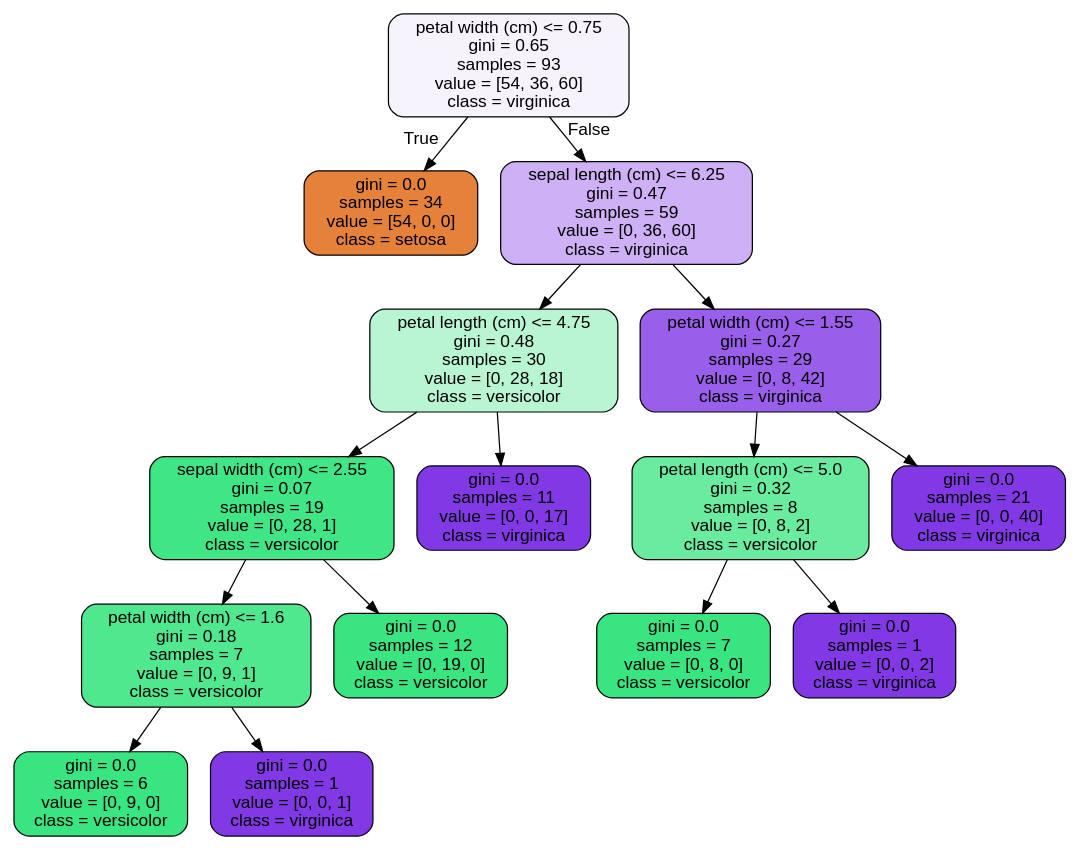
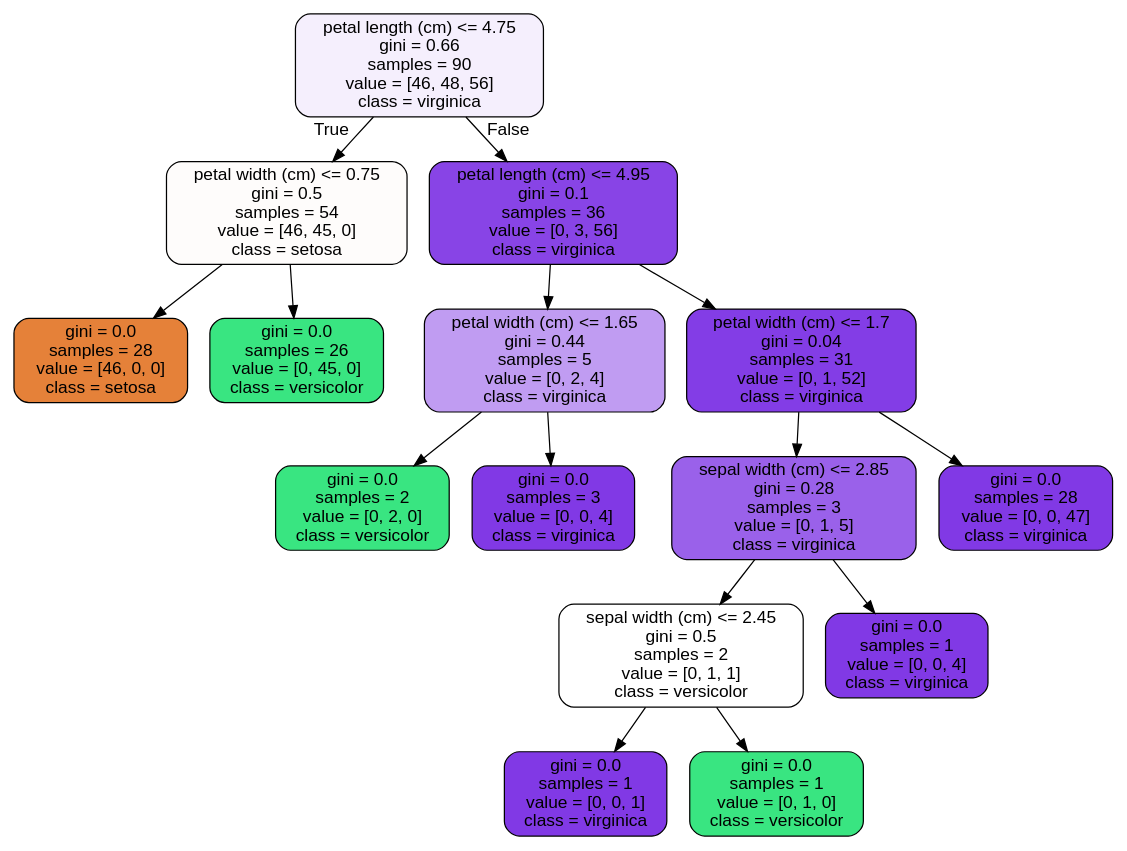
Before and after one commit to vanslykeaudio/SpringBoardDataScience: the diagram in RandomForest Covid Case Study/tree.dot, drawn with Graphviz. The commit also changed 3 other files, not shown here.

```diff
--- a/RandomForest Covid Case Study/tree.dot
+++ b/RandomForest Covid Case Study/tree.dot
@@ -1,33 +1,33 @@
 digraph Tree {
 node [shape=box, style="filled, rounded", color="black", fontname="helvetica"] ;
 edge [fontname="helvetica"] ;
-0 [label="petal width (cm) <= 0.75\ngini = 0.65\nsamples = 93\nvalue = [54, 36, 60]\nclass = virginica", fillcolor="#f7f3fd"] ;
-1 [label="gini = 0.0\nsamples = 34\nvalue = [54, 0, 0]\nclass = setosa", fillcolor="#e58139"] ;
+0 [label="petal length (cm) <= 4.75\ngini = 0.66\nsamples = 90\nvalue = [46, 48, 56]\nclass = virginica", fillcolor="#f5effd"] ;
+1 [label="petal width (cm) <= 0.75\ngini = 0.5\nsamples = 54\nvalue = [46, 45, 0]\nclass = setosa", fillcolor="#fefcfb"] ;
 0 -> 1 [labeldistance=2.5, labelangle=45, headlabel="True"] ;
-2 [label="sepal length (cm) <= 6.25\ngini = 0.47\nsamples = 59\nvalue = [0, 36, 60]\nclass = virginica", fillcolor="#cdb0f5"] ;
-0 -> 2 [labeldistance=2.5, labelangle=-45, headlabel="False"] ;
-3 [label="petal length (cm) <= 4.75\ngini = 0.48\nsamples = 30\nvalue = [0, 28, 18]\nclass = versicolor", fillcolor="#b8f6d2"] ;
-2 -> 3 ;
-4 [label="sepal width (cm) <= 2.55\ngini = 0.07\nsamples = 19\nvalue = [0, 28, 1]\nclass = versicolor", fillcolor="#40e686"] ;
-3 -> 4 ;
-5 [label="petal width (cm) <= 1.6\ngini = 0.18\nsamples = 7\nvalue = [0, 9, 1]\nclass = versicolor", fillcolor="#4fe88f"] ;
+2 [label="gini = 0.0\nsamples = 28\nvalue = [46, 0, 0]\nclass = setosa", fillcolor="#e58139"] ;
+1 -> 2 ;
+3 [label="gini = 0.0\nsamples = 26\nvalue = [0, 45, 0]\nclass = versicolor", fillcolor="#39e581"] ;
+1 -> 3 ;
+4 [label="petal length (cm) <= 4.95\ngini = 0.1\nsamples = 36\nvalue = [0, 3, 56]\nclass = virginica", fillcolor="#8844e6"] ;
+0 -> 4 [labeldistance=2.5, labelangle=-45, headlabel="False"] ;
+5 [label="petal width (cm) <= 1.65\ngini = 0.44\nsamples = 5\nvalue = [0, 2, 4]\nclass = virginica", fillcolor="#c09cf2"] ;
 4 -> 5 ;
-6 [label="gini = 0.0\nsamples = 6\nvalue = [0, 9, 0]\nclass = versicolor", fillcolor="#39e581"] ;
+6 [label="gini = 0.0\nsamples = 2\nvalue = [0, 2, 0]\nclass = versicolor", fillcolor="#39e581"] ;
 5 -> 6 ;
-7 [label="gini = 0.0\nsamples = 1\nvalue = [0, 0, 1]\nclass = virginica", fillcolor="#8139e5"] ;
+7 [label="gini = 0.0\nsamples = 3\nvalue = [0, 0, 4]\nclass = virginica", fillcolor="#8139e5"] ;
 5 -> 7 ;
-8 [label="gini = 0.0\nsamples = 12\nvalue = [0, 19, 0]\nclass = versicolor", fillcolor="#39e581"] ;
+8 [label="petal width (cm) <= 1.7\ngini = 0.04\nsamples = 31\nvalue = [0, 1, 52]\nclass = virginica", fillcolor="#833de6"] ;
 4 -> 8 ;
-9 [label="gini = 0.0\nsamples = 11\nvalue = [0, 0, 17]\nclass = virginica", fillcolor="#8139e5"] ;
-3 -> 9 ;
-10 [label="petal width (cm) <= 1.55\ngini = 0.27\nsamples = 29\nvalue = [0, 8, 42]\nclass = virginica", fillcolor="#995fea"] ;
-2 -> 10 ;
-11 [label="petal length (cm) <= 5.0\ngini = 0.32\nsamples = 8\nvalue = [0, 8, 2]\nclass = versicolor", fillcolor="#6aeca0"] ;
+9 [label="sepal width (cm) <= 2.85\ngini = 0.28\nsamples = 3\nvalue = [0, 1, 5]\nclass = virginica", fillcolor="#9a61ea"] ;
+8 -> 9 ;
+10 [label="sepal width (cm) <= 2.45\ngini = 0.5\nsamples = 2\nvalue = [0, 1, 1]\nclass = versicolor", fillcolor="#ffffff"] ;
+9 -> 10 ;
+11 [label="gini = 0.0\nsamples = 1\nvalue = [0, 0, 1]\nclass = virginica", fillcolor="#8139e5"] ;
 10 -> 11 ;
-12 [label="gini = 0.0\nsamples = 7\nvalue = [0, 8, 0]\nclass = versicolor", fillcolor="#39e581"] ;
-11 -> 12 ;
-13 [label="gini = 0.0\nsamples = 1\nvalue = [0, 0, 2]\nclass = virginica", fillcolor="#8139e5"] ;
-11 -> 13 ;
-14 [label="gini = 0.0\nsamples = 21\nvalue = [0, 0, 40]\nclass = virginica", fillcolor="#8139e5"] ;
-10 -> 14 ;
+12 [label="gini = 0.0\nsamples = 1\nvalue = [0, 1, 0]\nclass = versicolor", fillcolor="#39e581"] ;
+10 -> 12 ;
+13 [label="gini = 0.0\nsamples = 1\nvalue = [0, 0, 4]\nclass = virginica", fillcolor="#8139e5"] ;
+9 -> 13 ;
+14 [label="gini = 0.0\nsamples = 28\nvalue = [0, 0, 47]\nclass = virginica", fillcolor="#8139e5"] ;
+8 -> 14 ;
 }
```
